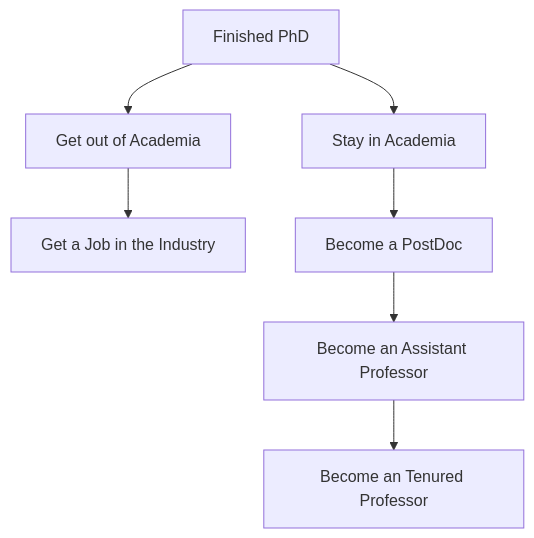
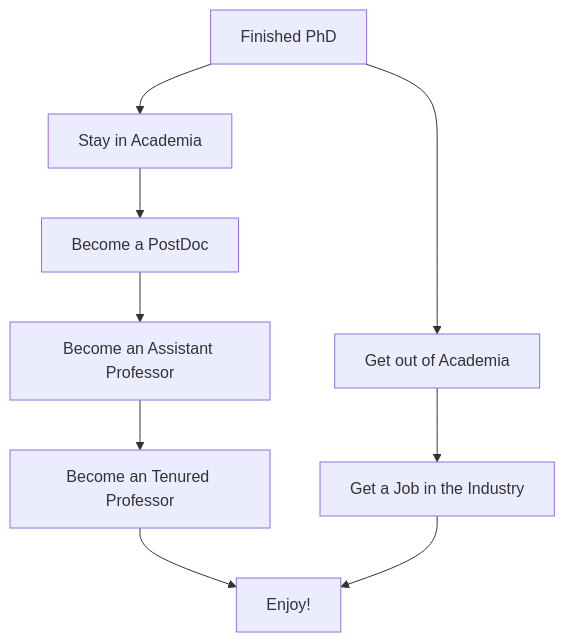
One commit to cesarsotovalero/cesarsotovalero.github.io changed the diagram in _posts/2022/2022-02-22-how-phd-profiles-are-evaluated-in-computer-science.md. Above: the diagram before and after it, drawn with Mermaid. The commit also changed 1 other file, not shown here.

Commit message:
update post

```diff
--- a/_posts/2022/2022-02-22-how-phd-profiles-are-evaluated-in-computer-science.md
+++ b/_posts/2022/2022-02-22-how-phd-profiles-are-evaluated-in-computer-science.md
@@ -46,9 +46,11 @@
 {% mermaid %}
 flowchart TB;
 a[Finished PhD] --> b[Stay in Academia];
 a[Finished PhD] --> c[Get out of Academia];
 c[Get out of Academia] --> j[Get a Job in the Industry];
 b[Stay in Academia] --> d[Become a PostDoc];
 d[Become a PostDoc] --> e[Become an Assistant Professor];
 e[Become an Assistant Professor] --> f[Become an Tenured Professor];
+f[Become an Tenured Professor] --> k[Enjoy!];
+j[Get a Job in the Industry] --> k[Enjoy!];
 {% endmermaid %}
```
